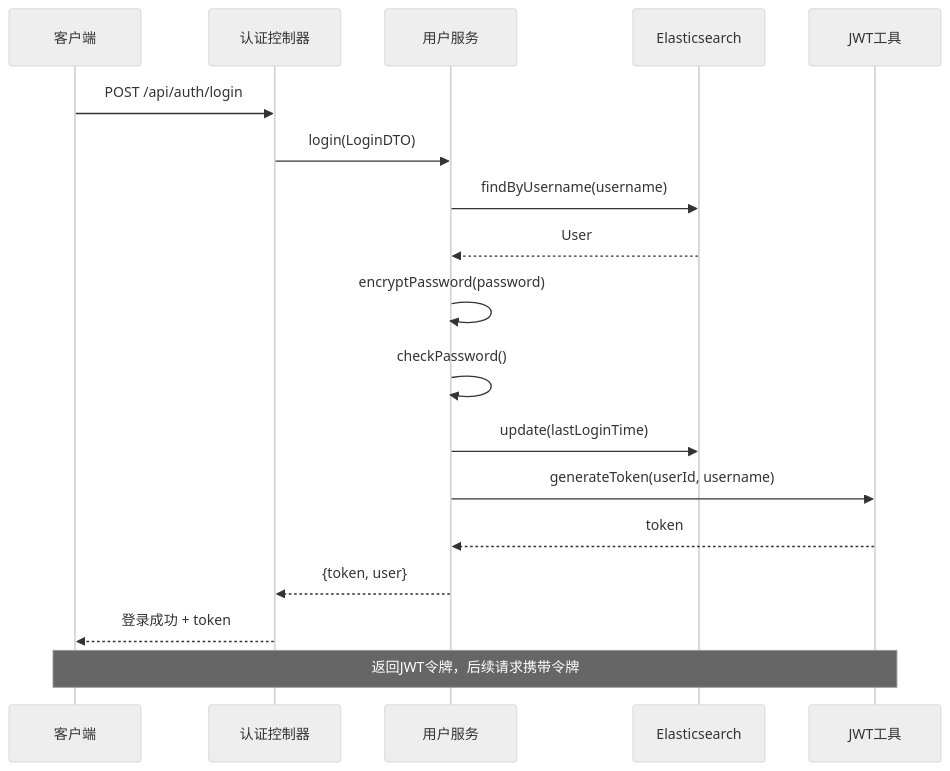
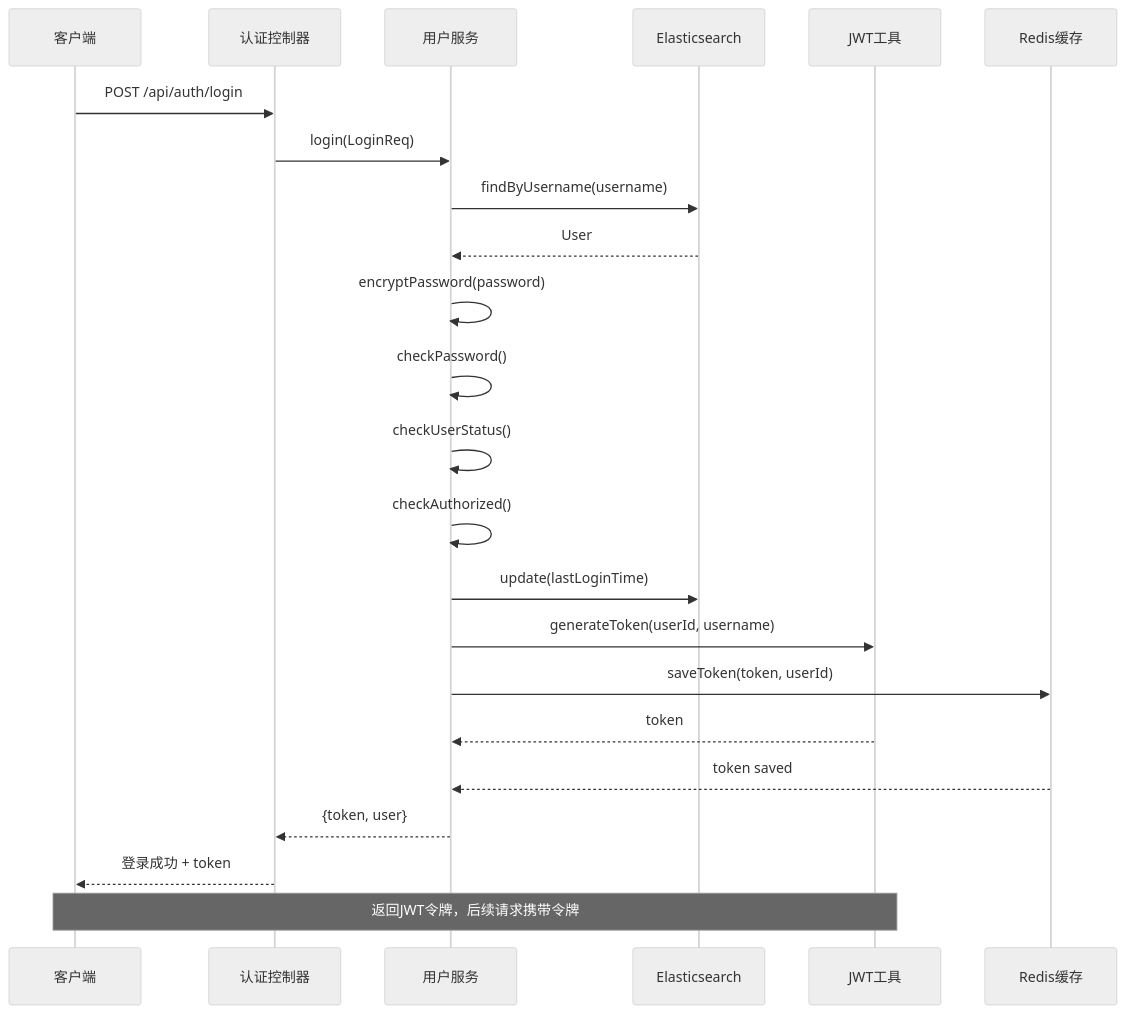
Before and after one commit to 20164206160/zhishilu: diagram 17 of 19 in .qoder/repowiki/zh/content/用户管理系统/用户管理系统.md, drawn with Mermaid (neutral theme). The commit also changed other lines of this file and 11 other files, not shown here.

````diff
--- a/.qoder/repowiki/zh/content/用户管理系统/用户管理系统.md
+++ b/.qoder/repowiki/zh/content/用户管理系统/用户管理系统.md
@@ -634,20 +921,25 @@
 ```mermaid
 sequenceDiagram
 participant Client as 客户端
 participant AuthCtrl as 认证控制器
 participant UserService as 用户服务
 participant ES as Elasticsearch
 participant JWT as JWT工具
+participant Redis as Redis缓存
 Client->>AuthCtrl : POST /api/auth/login
-AuthCtrl->>UserService : login(LoginDTO)
+AuthCtrl->>UserService : login(LoginReq)
 UserService->>ES : findByUsername(username)
 ES-->>UserService : User
 UserService->>UserService : encryptPassword(password)
 UserService->>UserService : checkPassword()
+UserService->>UserService : checkUserStatus()
+UserService->>UserService : checkAuthorized()
 UserService->>ES : update(lastLoginTime)
 UserService->>JWT : generateToken(userId, username)
+UserService->>Redis : saveToken(token, userId)
 JWT-->>UserService : token
+Redis-->>UserService : token saved
 UserService-->>AuthCtrl : {token, user}
 AuthCtrl-->>Client : 登录成功 + token
 Note over Client,JWT : 返回JWT令牌，后续请求携带令牌
 ```
````
